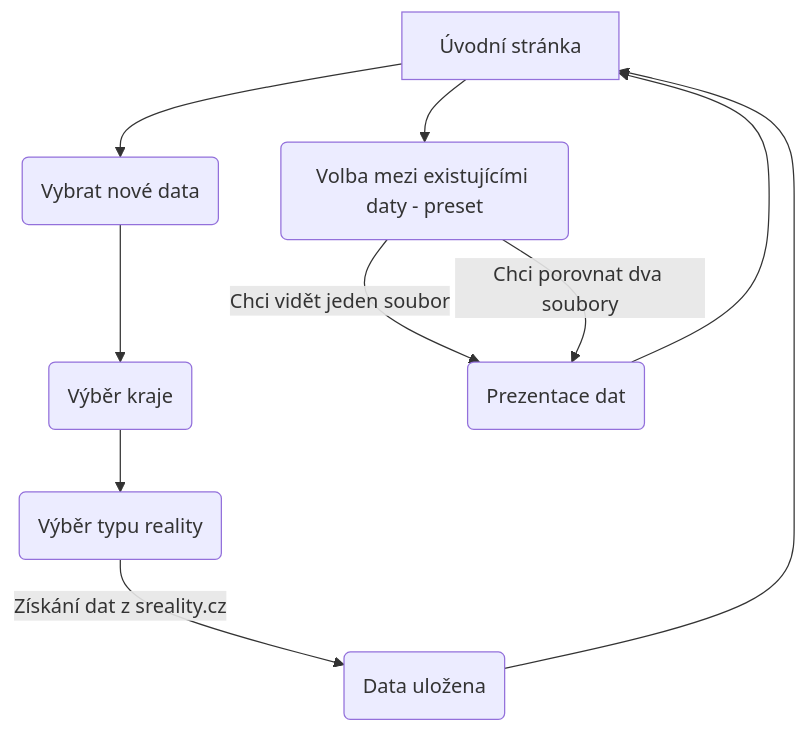
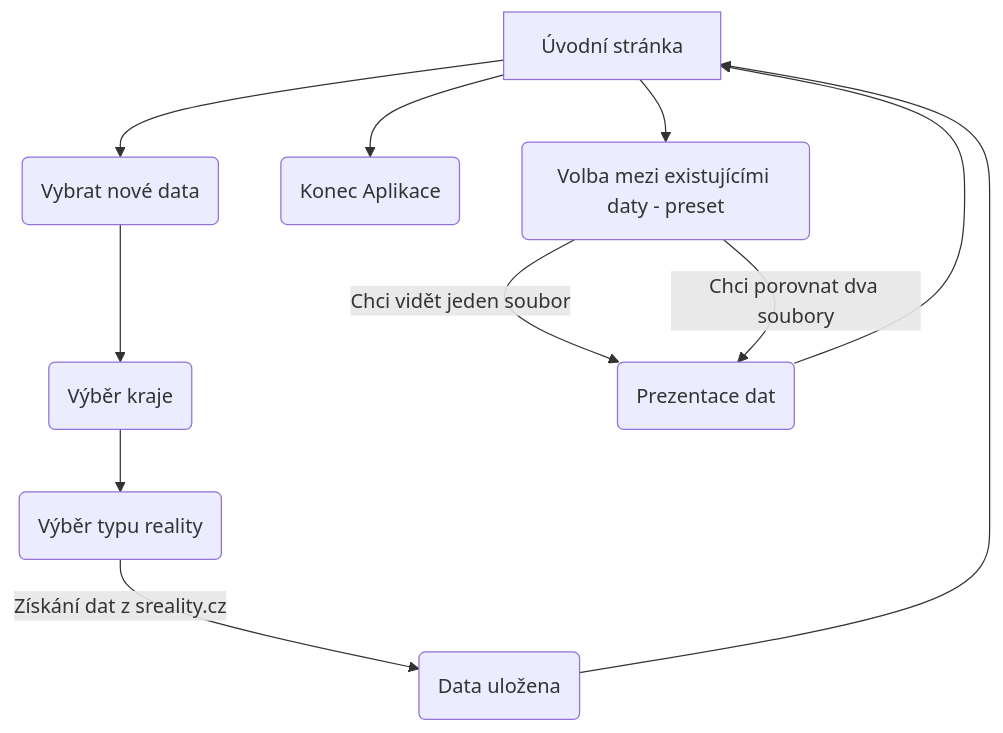
Before and after one commit to konerzajakub/TestGitWednesday: the diagram in README.md, drawn with Mermaid. The commit also changed other lines of this file, not shown here.

````diff
--- a/README.md
+++ b/README.md
@@ -39,34 +39,35 @@
 ```mermaid
 flowchart TD
     %% A = Úvodní stránka
     %% B = Výběr nových dat
     %% D = Volba mezi existujícími daty
     %% E = Získání dat z sreality.cz
     %% F = Zobrazení dat
 
     %% Úvodní stránka
     A[Úvodní stránka] --> newData(Vybrat nové data)
+    A --> konec(Konec Aplikace)
     
     newData --> lokalita(Výběr kraje)
 
     lokalita(Výběr kraje)-->typ(Výběr typu reality)
     
     %% Výběr nových dat
     typ --> |Získání dat z sreality.cz| E(Data uložena)
     E --> A
     D --> |Chci vidět jeden soubor| F
     D --> |Chci porovnat dva soubory| F(Prezentace dat)
 
     F --> A
 
     
 
     %% Volba mezi existujícími daty
     A --> D(Volba mezi existujícími daty - preset)
     
 
     %% Go back
     %%B --> A 
     %%D --> A 
     %%F --> D 
 ```
````
